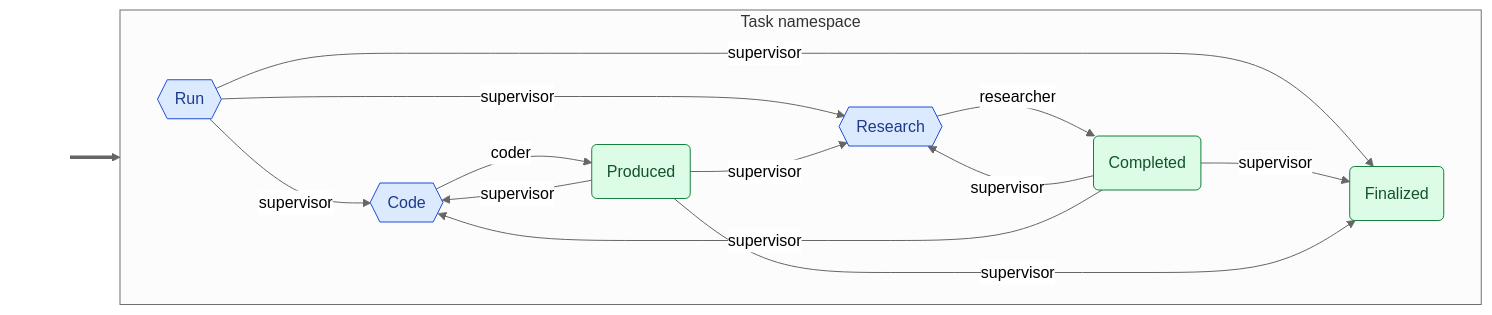
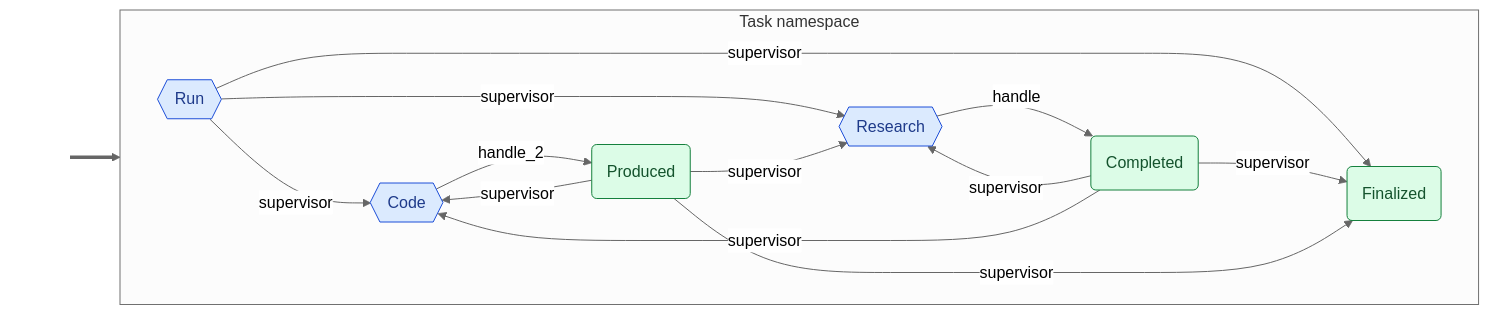
Before and after one commit to cadance-io/langgraph-events: the second of 2 diagrams in examples/supervisor.graph.md, drawn with Mermaid (neutral theme). The commit also changed other lines of this file and 29 other files, not shown here.

````diff
--- a/examples/supervisor.graph.md
+++ b/examples/supervisor.graph.md
@@ -44,32 +44,32 @@
 ```mermaid
 graph LR
     classDef entry fill:none,stroke:none,color:none
     classDef cmd fill:#dbeafe,stroke:#1d4ed8,color:#1e3a8a
     classDef devt fill:#dcfce7,stroke:#15803d,color:#14532d
     classDef intg fill:#ede9fe,stroke:#6d28d9,color:#4c1d95
     classDef syst fill:#fef3c7,stroke:#b45309,color:#78350f
     classDef halt fill:#fef3c7,stroke:#b45309,color:#78350f,stroke-width:3px,stroke-dasharray:4 2
     classDef inv fill:#ffedd5,stroke:#c2410c,color:#7c2d12
     subgraph Task["Task namespace"]
         direction LR
         Code{{Code}}:::cmd
         Completed(Completed):::devt
         Finalized(Finalized):::devt
         Produced(Produced):::devt
         Research{{Research}}:::cmd
         Run{{Run}}:::cmd
     end
     _e0_[ ]:::entry ==> Run
     Run -->|supervisor| Research
     Run -->|supervisor| Code
     Run -->|supervisor| Finalized
     Completed -->|supervisor| Research
     Completed -->|supervisor| Code
     Completed -->|supervisor| Finalized
     Produced -->|supervisor| Research
     Produced -->|supervisor| Code
     Produced -->|supervisor| Finalized
-    Research -->|researcher| Completed
-    Code -->|coder| Produced
+    Research -->|handle| Completed
+    Code -->|handle_2| Produced
 %% Side-effect handlers: audit_trail (Auditable)
 ```
````
